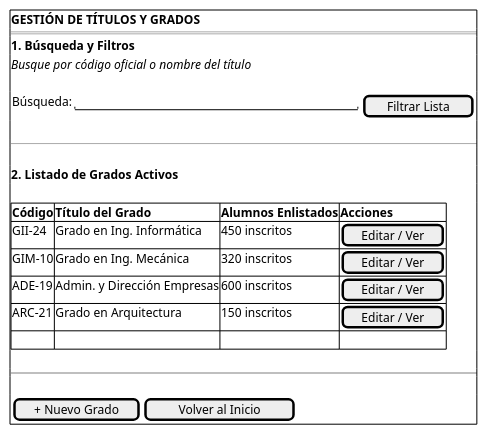
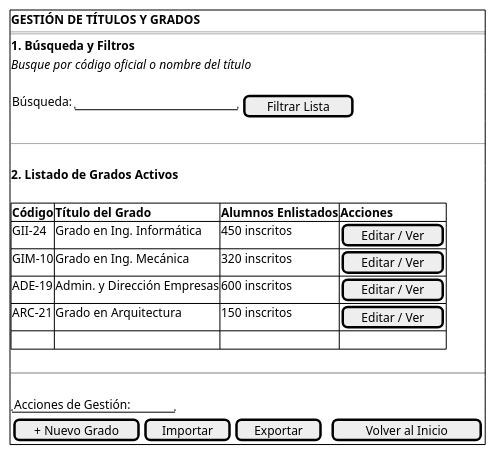
The diagram in documents/casos-de-uso/prototipadoCasosDeUso/verGrados/verGrados.puml (martinlopez7/25-26-IdSw1-SdR), drawn with PlantUML before and after one commit. The commit also changed 1 other file, not shown here.

Commit message:
Fix(cu): Botones importar y exportar [refs #98]

```diff
--- a/documents/casos-de-uso/prototipadoCasosDeUso/verGrados/verGrados.puml
+++ b/documents/casos-de-uso/prototipadoCasosDeUso/verGrados/verGrados.puml
@@ -1,29 +1,30 @@
 @startsalt verGrados_WIREFRAME
 {+
     <b>GESTIÓN DE TÍTULOS Y GRADOS</b>
     ===
     <b>1. Búsqueda y Filtros</b>
     <i>Busque por código oficial o nombre del título</i>
     .
     {
-        Búsqueda: | "                                   " | [Filtrar Lista]
+        Búsqueda: | "                    " | [Filtrar Lista]
     }
     .
     --
     .
     <b>2. Listado de Grados Activos</b>
     .
     {#
         <b>Código</b> | <b>Título del Grado</b> | <b>Alumnos Enlistados</b> | <b>Acciones</b>
         GII-24 | Grado en Ing. Informática | 450 inscritos | [Editar / Ver]
         GIM-10 | Grado en Ing. Mecánica | 320 inscritos | [Editar / Ver]
         ADE-19 | Admin. y Dirección Empresas | 600 inscritos | [Editar / Ver]
         ARC-21 | Grado en Arquitectura | 150 inscritos | [Editar / Ver]
         . | . | . | .
     }
     .
     ~~
     .
-    { [ + Nuevo Grado ] | [ Volver al Inicio ] }
+    "Acciones de Gestión:"
+    { [ + Nuevo Grado ] | [ Importar ] | [ Exportar ] | . | [ Volver al Inicio ] }
 }
 @endsalt
```
